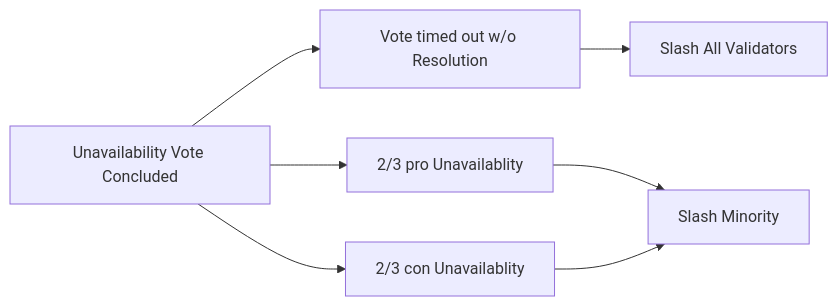
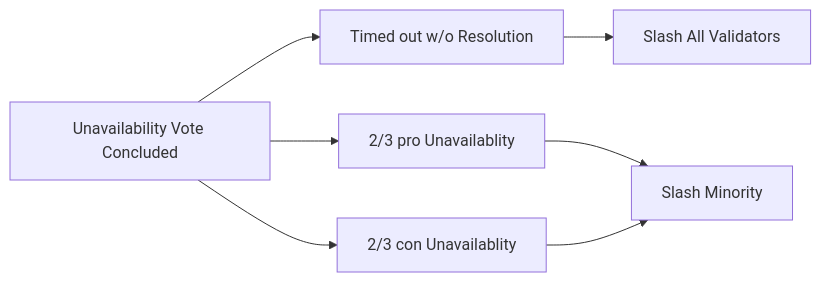
Before and after one commit to yuanlong94/polkadot: the second of 3 diagrams in roadmap/implementers-guide/src/runtime/disputes.md, drawn with Mermaid. The commit also changed other lines of this file, not shown here.

````diff
--- a/roadmap/implementers-guide/src/runtime/disputes.md
+++ b/roadmap/implementers-guide/src/runtime/disputes.md
@@ -88,9 +97,9 @@
 ```mermaid
 graph LR;
-    UV[Unavailability Vote Concluded]-->VT[Vote timed out w/o Resolution]
+    UV[Unavailability Vote Concluded]-->VT[Timed out w/o Resolution]
     UV-->SP[2/3 pro Unavailablity]
     UV-->SC[2/3 con Unavailablity]
     SP-->SM[Slash Minority]
     SC-->SM
     VT-->SA[Slash All Validators]
 ```
````
